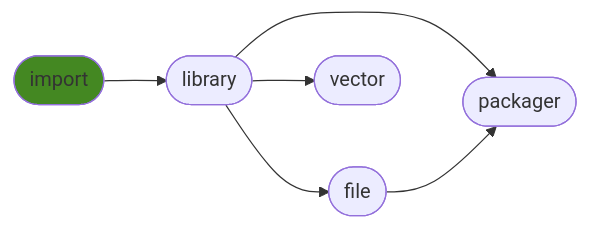
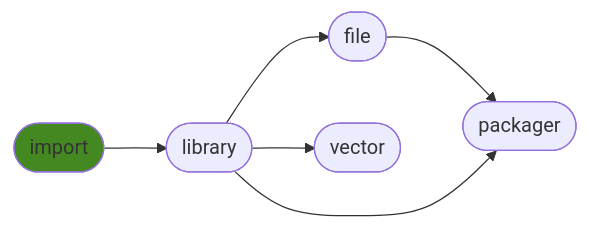
One commit to ManderaGeneral/generalimport changed the diagram in README.md. Above: the diagram before and after it, drawn with Mermaid. The commit also changed other lines of this file and 1 other file, not shown here.

````diff
--- a/README.md
+++ b/README.md
@@ -20,14 +20,14 @@
 ```mermaid
 flowchart LR
-1([library]) --> 3([vector])
+2([file]) --> 4([packager])
 1([library]) --> 4([packager])
 0([import]) --> 1([library])
 1([library]) --> 2([file])
-2([file]) --> 4([packager])
+1([library]) --> 3([vector])
 click 0 "https://github.com/ManderaGeneral/generalimport"
 click 1 "https://github.com/ManderaGeneral/generallibrary"
 click 2 "https://github.com/ManderaGeneral/generalfile"
 click 3 "https://github.com/ManderaGeneral/generalvector"
 click 4 "https://github.com/ManderaGeneral/generalpackager"
 style 0 fill:#482
 ```
````
